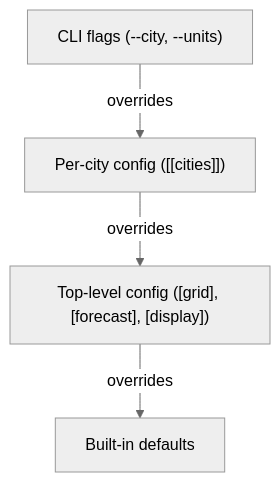
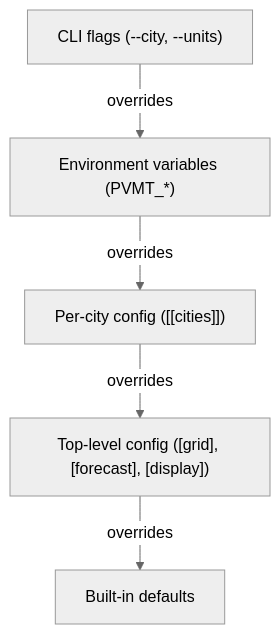
The diagram in docs/configuration.md (jcrussell/solvent-streets), drawn with Mermaid (neutral theme) before and after one commit. The commit also changed other lines of this file and 2 other files, not shown here.

First line of the commit message:
Document env vars and config show; fix resolution hierarchy; DRY pass

````diff
--- a/docs/configuration.md
+++ b/docs/configuration.md
@@ -11,9 +11,10 @@
 ```mermaid
 flowchart TD
     CLI["CLI flags (--city, --units)"]
+    Env["Environment variables (PVMT_*)"]
     City["Per-city config ([[cities]])"]
     Top["Top-level config ([grid], [forecast], [display])"]
     Default["Built-in defaults"]
 
-    CLI -->|overrides| City -->|overrides| Top -->|overrides| Default
+    CLI -->|overrides| Env -->|overrides| City -->|overrides| Top -->|overrides| Default
 ```
````
